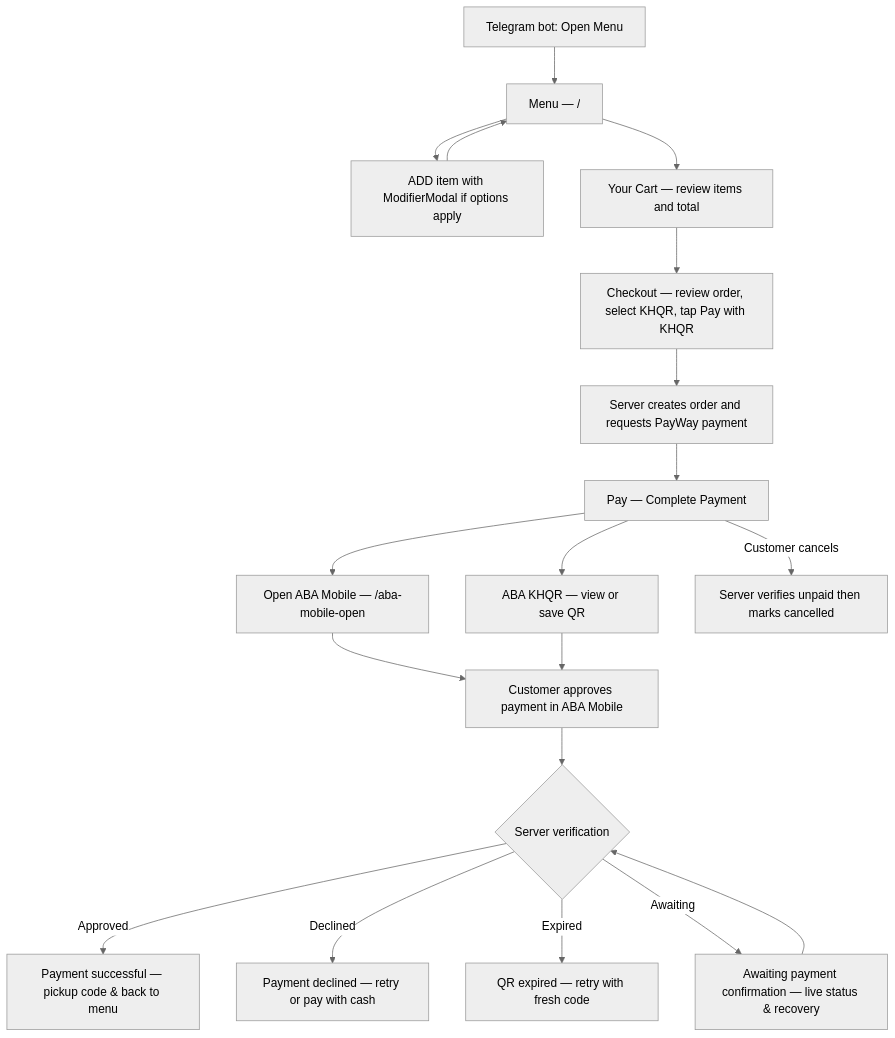
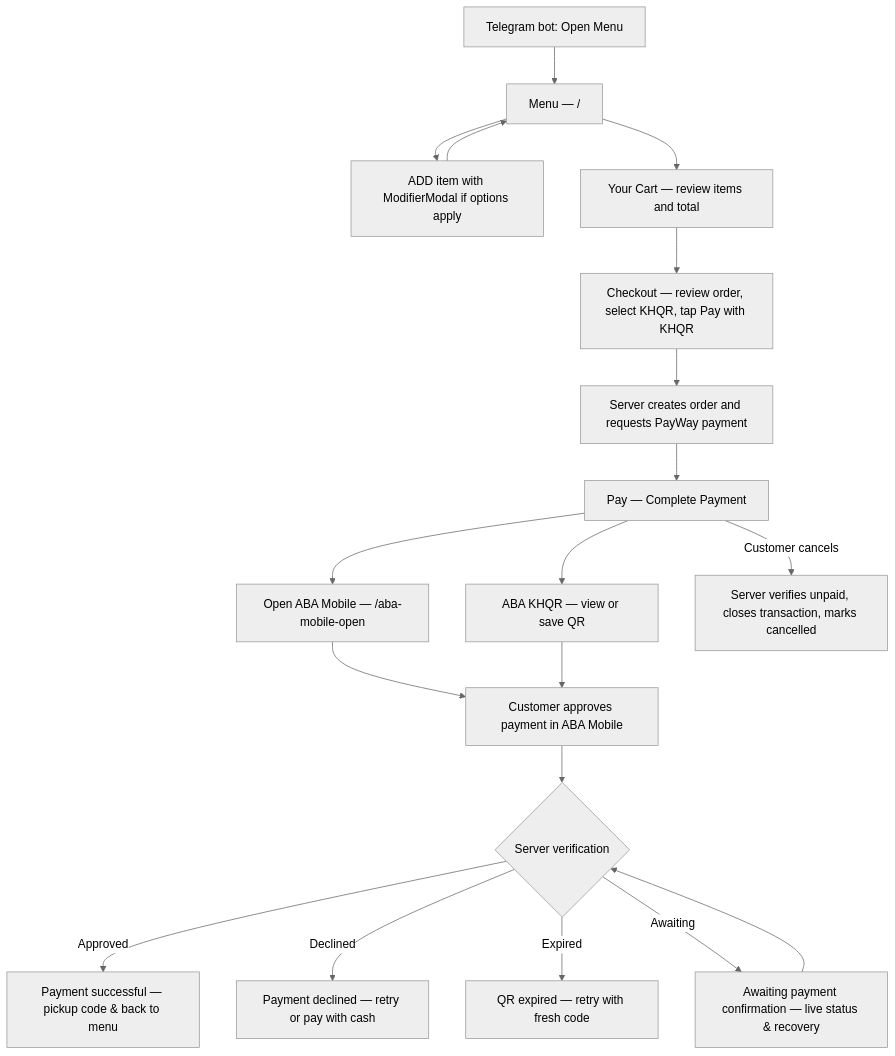
Before and after one commit to rithsila/Ai-cha-zhengda-menu: the first of 2 diagrams in docs/UI Flow/ABA_PAYWAY_PROPOSED_FLOW.md, drawn with Mermaid (neutral theme). The commit also changed other lines of this file, not shown here.

Commit message:
docs: update ABA PayWay flow diagram with close-transaction and resolved audit findings

````diff
--- a/docs/UI Flow/ABA_PAYWAY_PROPOSED_FLOW.md
+++ b/docs/UI Flow/ABA_PAYWAY_PROPOSED_FLOW.md
@@ -11,21 +11,21 @@
 ```mermaid
 flowchart TD
     A[Telegram bot: Open Menu] --> B[Menu — /]
     B --> C[ADD item with ModifierModal if options apply]
     C --> B
     B --> D[Your Cart — review items and total]
     D --> E[Checkout — review order, select KHQR, tap Pay with KHQR]
     E --> F[Server creates order and requests PayWay payment]
     F --> G[Pay — Complete Payment]
     G --> H[Open ABA Mobile — /aba-mobile-open]
     G --> I[ABA KHQR — view or save QR]
     H --> J[Customer approves payment in ABA Mobile]
     I --> J
     J --> K{Server verification}
     K -->|Approved| L[Payment successful — pickup code & back to menu]
     K -->|Declined| M[Payment declined — retry or pay with cash]
     K -->|Expired| N[QR expired — retry with fresh code]
     K -->|Awaiting| O[Awaiting payment confirmation — live status & recovery]
-    G -->|Customer cancels| P[Server verifies unpaid then marks cancelled]
+    G -->|Customer cancels| P[Server verifies unpaid, closes transaction, marks cancelled]
     O --> K
 ```
````
